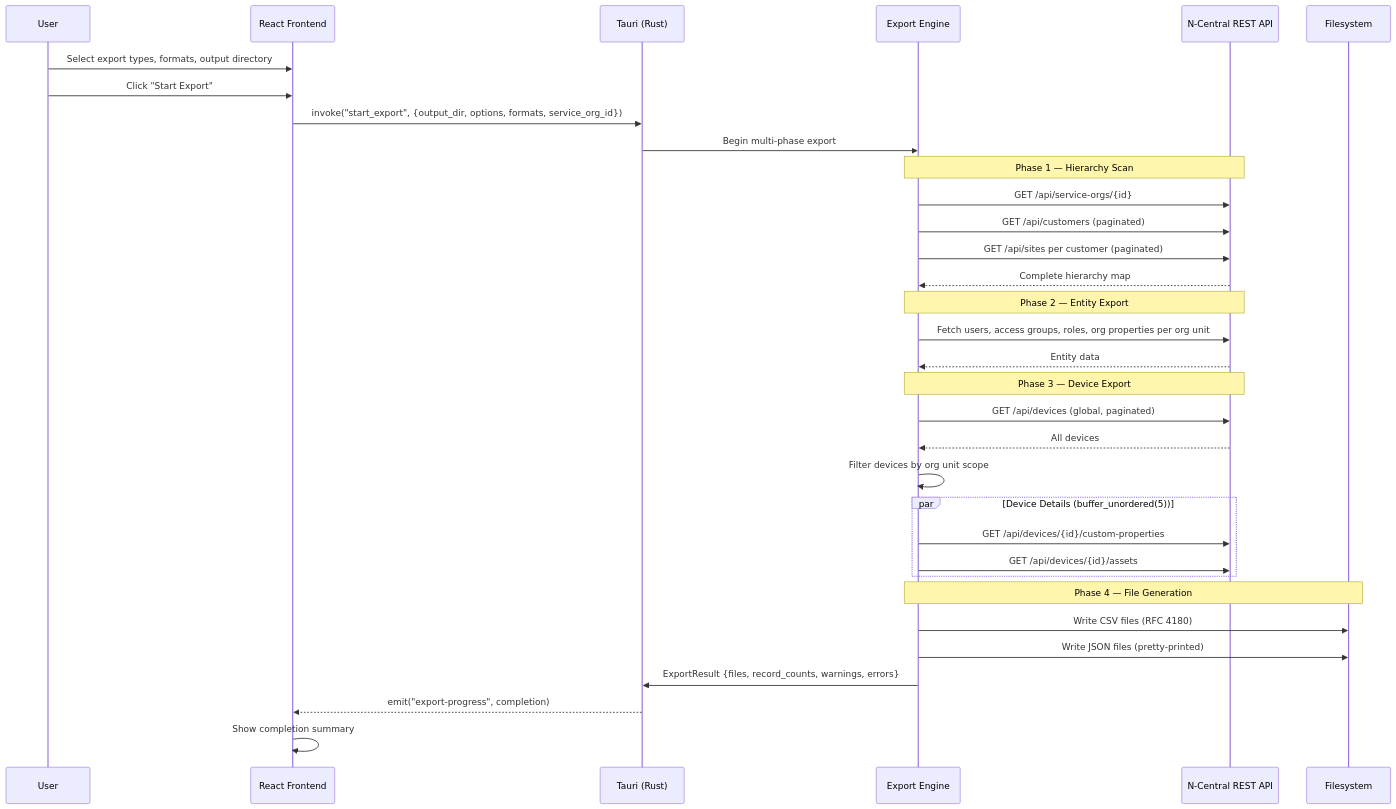
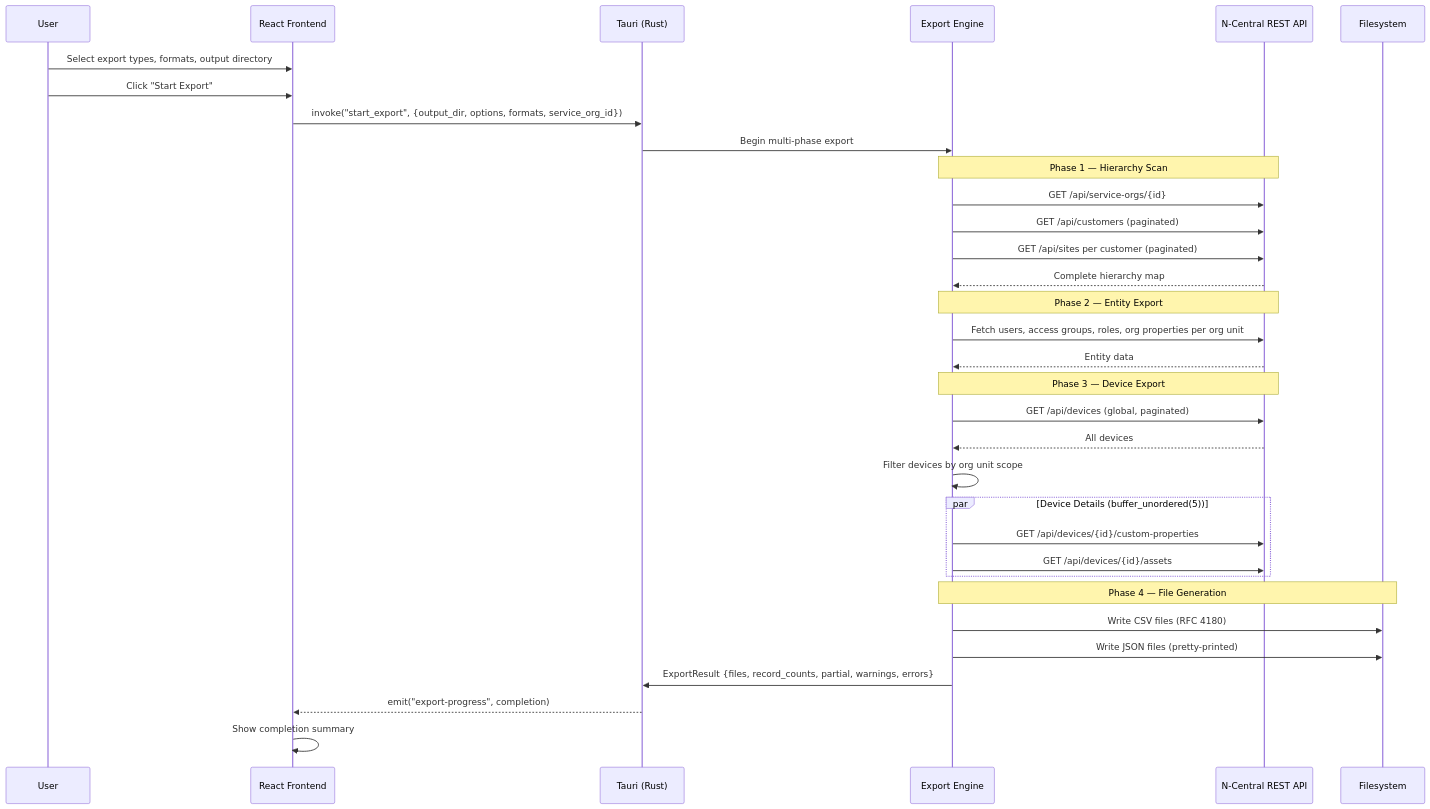
One commit to theonlytruebigmac/n-xport changed the seventh of 12 diagrams in docs/TECHNICAL_OVERVIEW.md. Above: the diagram before and after it, drawn with Mermaid. The commit also changed other lines of this file and 16 other files, not shown here.

````diff
--- a/docs/TECHNICAL_OVERVIEW.md
+++ b/docs/TECHNICAL_OVERVIEW.md
@@ -315,42 +330,42 @@
 ```mermaid
 sequenceDiagram
     participant User
     participant GUI as React Frontend
     participant Tauri as Tauri (Rust)
     participant Export as Export Engine
     participant API as N-Central REST API
     participant FS as Filesystem
 
     User->>GUI: Select export types, formats, output directory
     User->>GUI: Click "Start Export"
     GUI->>Tauri: invoke("start_export", {output_dir, options, formats, service_org_id})
     Tauri->>Export: Begin multi-phase export
 
     Note over Export,API: Phase 1 — Hierarchy Scan
     Export->>API: GET /api/service-orgs/{id}
     Export->>API: GET /api/customers (paginated)
     Export->>API: GET /api/sites per customer (paginated)
     API-->>Export: Complete hierarchy map
 
     Note over Export,API: Phase 2 — Entity Export
     Export->>API: Fetch users, access groups, roles, org properties per org unit
     API-->>Export: Entity data
 
     Note over Export,API: Phase 3 — Device Export
     Export->>API: GET /api/devices (global, paginated)
     API-->>Export: All devices
     Export->>Export: Filter devices by org unit scope
 
     par Device Details (buffer_unordered(5))
         Export->>API: GET /api/devices/{id}/custom-properties
         Export->>API: GET /api/devices/{id}/assets
     end
 
     Note over Export,FS: Phase 4 — File Generation
     Export->>FS: Write CSV files (RFC 4180)
     Export->>FS: Write JSON files (pretty-printed)
 
-    Export->>Tauri: ExportResult {files, record_counts, warnings, errors}
+    Export->>Tauri: ExportResult {files, record_counts, partial, warnings, errors}
     Tauri-->>GUI: emit("export-progress", completion)
     GUI->>GUI: Show completion summary
 ```
````
